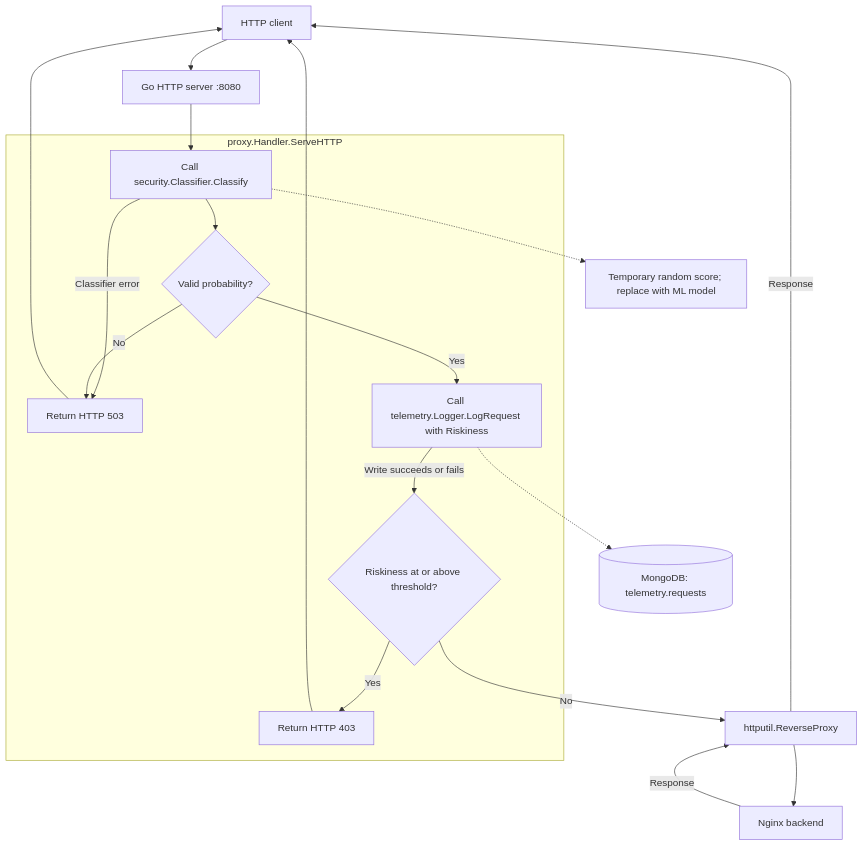
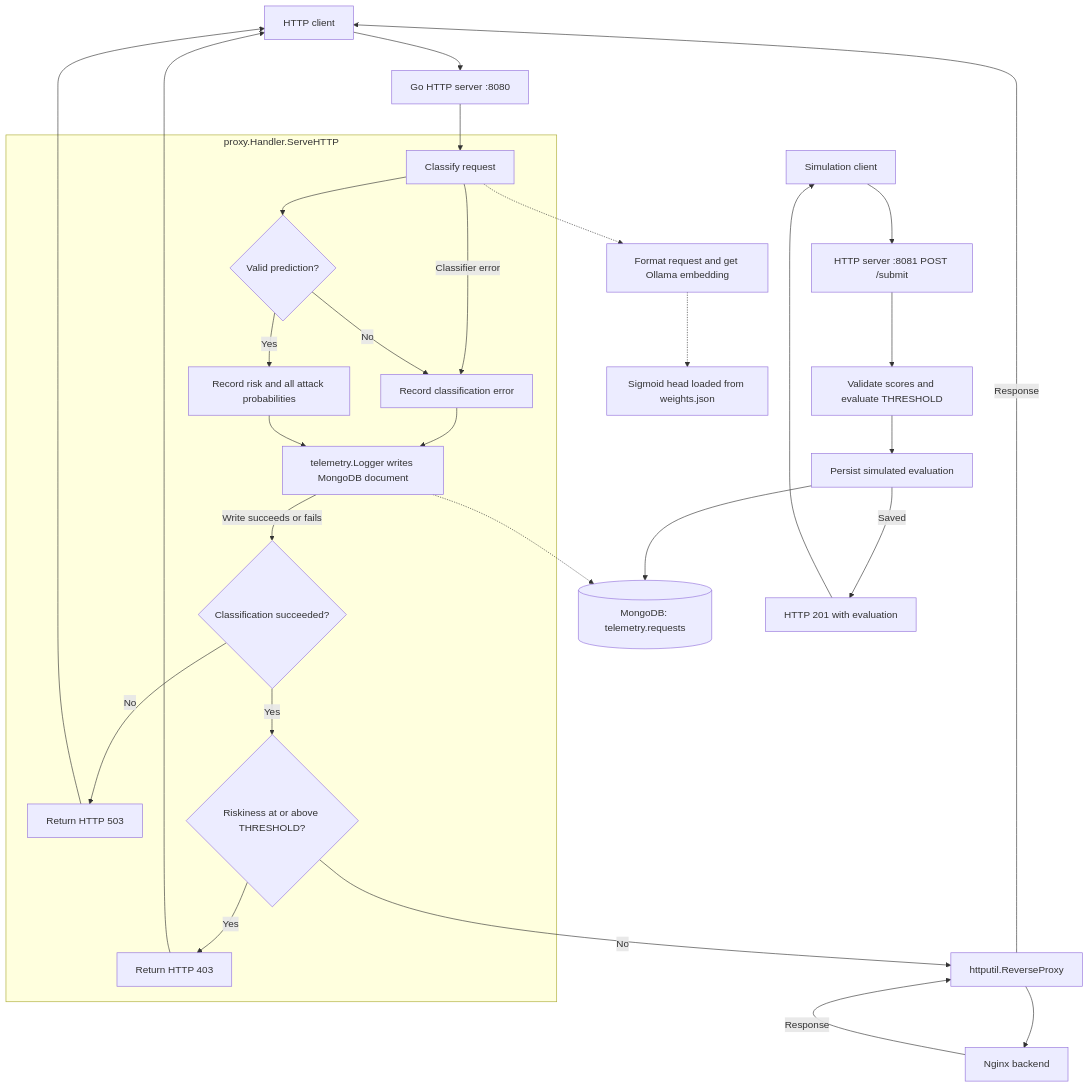
The diagram in README.md (akayy-dev/HackRPI-Project), drawn with Mermaid before and after one commit. The commit also changed other lines of this file and 20 other files, not shown here.

First line of the commit message:
Refactor request classification and logging system

````diff
--- a/README.md
+++ b/README.md
@@ -36,23 +74,35 @@
 ```mermaid
 flowchart TD
     Client[HTTP client] --> Server[Go HTTP server :8080]
     Server --> Classify
 
     subgraph Handler[proxy.Handler.ServeHTTP]
-        Classify[Call security.Classifier.Classify] --> Validate{Valid probability?}
-        Classify -->|Classifier error| Unavailable[Return HTTP 503]
-        Validate -->|No| Unavailable
-        Validate -->|Yes| Log[Call telemetry.Logger.LogRequest with Riskiness]
-        Log -->|Write succeeds or fails| Decision{Riskiness at or above threshold?}
+        Classify[Classify request] --> Validate{Valid prediction?}
+        Classify -->|Classifier error| Failure[Record classification error]
+        Validate -->|No| Failure
+        Validate -->|Yes| Log[Record risk and all attack probabilities]
+        Failure --> Persist[telemetry.Logger writes MongoDB document]
+        Log --> Persist
+        Persist -->|Write succeeds or fails| Success{Classification succeeded?}
+        Success -->|No| Unavailable[Return HTTP 503]
+        Success -->|Yes| Decision{Riskiness at or above THRESHOLD?}
         Decision -->|Yes| Block[Return HTTP 403]
     end
 
-    Classify -.-> Model[Temporary random score; replace with ML model]
-    Log -.-> Mongo[(MongoDB: telemetry.requests)]
+    Classify -.-> Embed[Format request and get Ollama embedding]
+    Embed -.-> Model[Sigmoid head loaded from weights.json]
+    Persist -.-> Mongo[(MongoDB: telemetry.requests)]
     Decision -->|No| Proxy[httputil.ReverseProxy]
     Proxy --> Backend[Nginx backend]
     Backend -->|Response| Proxy
     Proxy -->|Response| Client
     Block --> Client
     Unavailable --> Client
+
+    Tester[Simulation client] --> Submit[HTTP server :8081 POST /submit]
+    Submit --> Evaluate[Validate scores and evaluate THRESHOLD]
+    Evaluate --> SaveSimulation[Persist simulated evaluation]
+    SaveSimulation --> Mongo
+    SaveSimulation -->|Saved| Created[HTTP 201 with evaluation]
+    Created --> Tester
 ```
````
